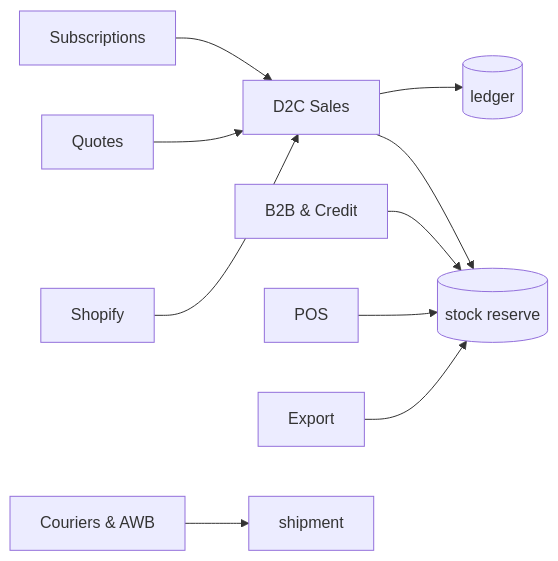
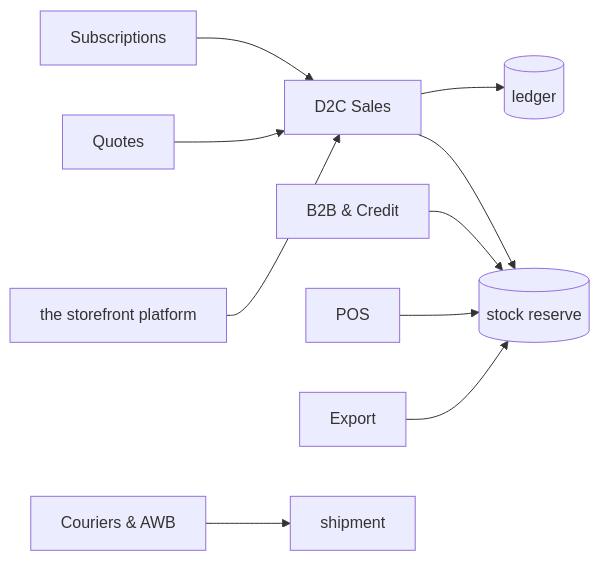
The third of 16 diagrams in VASTRANGAM_MODULES_COMPLETE.md (vastrangam/AI_Content_Engine), drawn with Mermaid before and after one commit. The commit also changed other lines of this file and 199 other files, not shown here.

````diff
--- a/VASTRANGAM_MODULES_COMPLETE.md
+++ b/VASTRANGAM_MODULES_COMPLETE.md
@@ -207,12 +207,12 @@
 ```mermaid
 flowchart LR
-  WEB[Shopify] --> D2C[D2C Sales]
+  WEB[the storefront platform] --> D2C[D2C Sales]
   D2C --> INV[(stock reserve)]
   B2B[B2B & Credit] --> INV
   POS[POS] --> INV
   EXP[Export] --> INV
   D2C --> GL[(ledger)]
   QUO[Quotes] --> D2C
   COUR[Couriers & AWB] --> SHIP[shipment]
   SUB[Subscriptions] --> D2C
 ```
````
